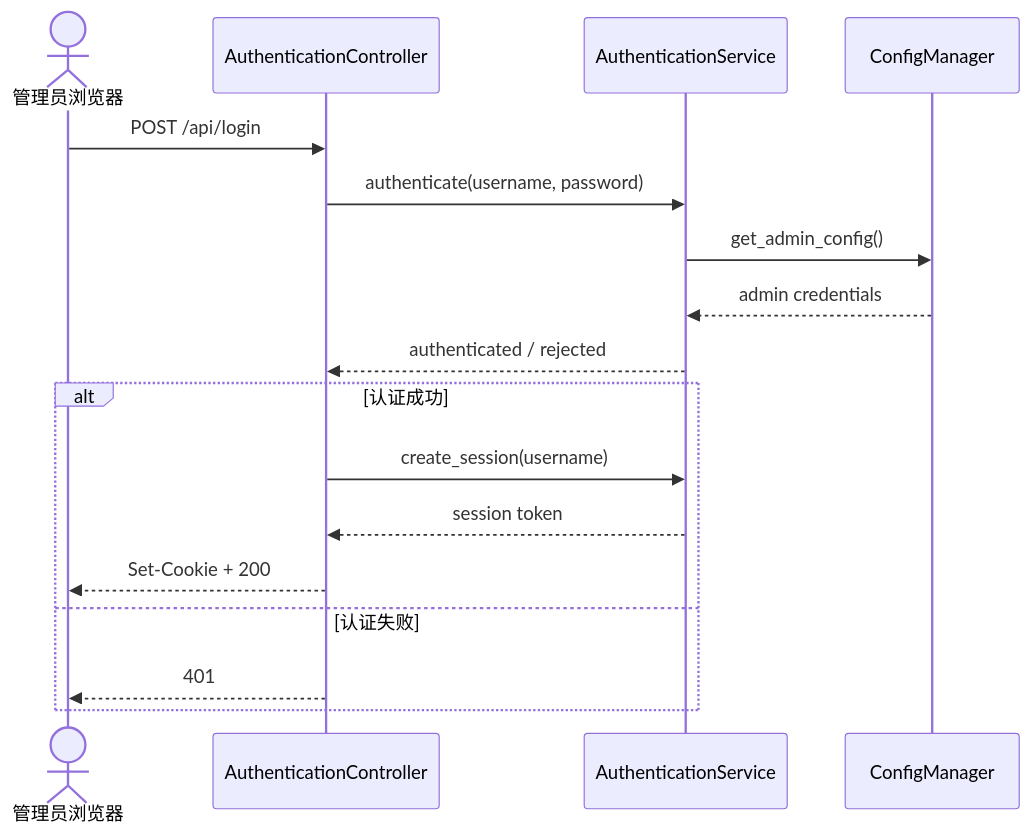
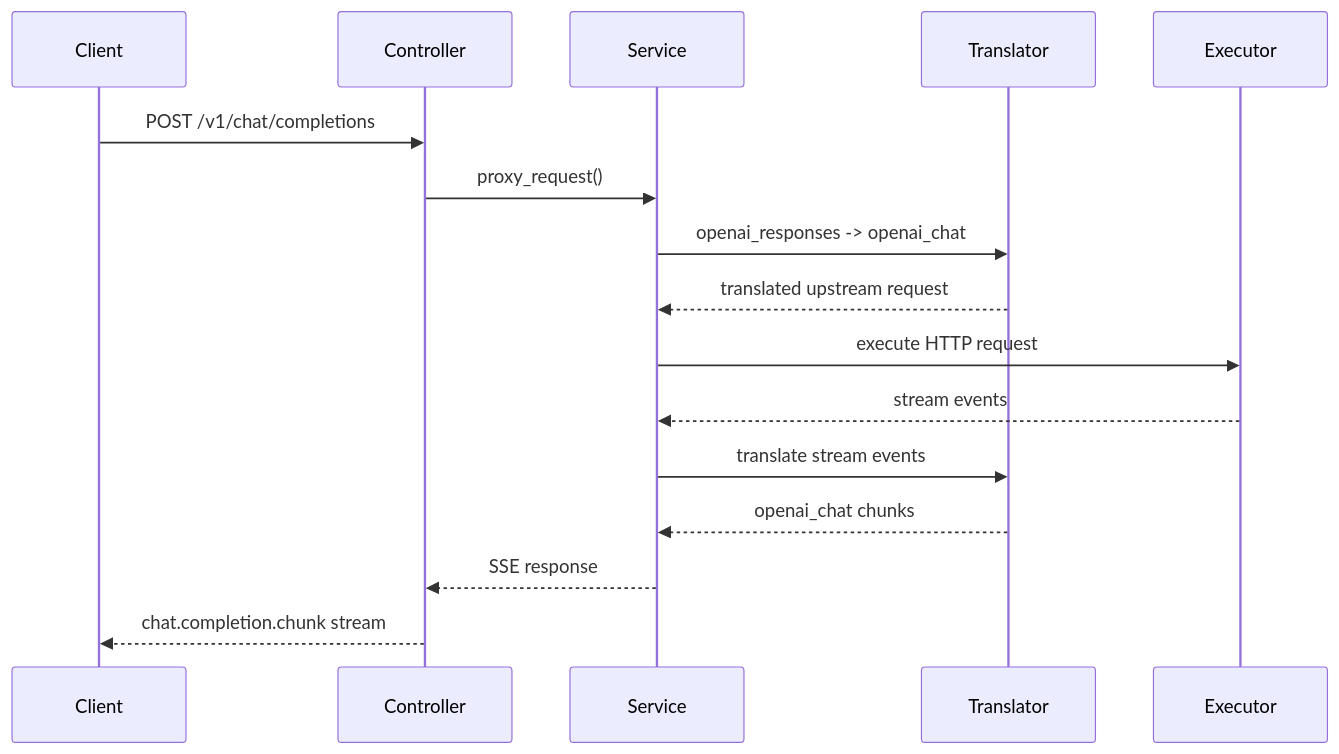
Before and after one commit to VonSdite/LLM_Proxy: the first of 2 diagrams in docs/architecture-4plus1.md, drawn with Mermaid. The commit also changed other lines of this file and 42 other files, not shown here.

First line of the commit message:
refactor: simplify proxy architecture around openai claude codex

````diff
--- a/docs/architecture-4plus1.md
+++ b/docs/architecture-4plus1.md
@@ -293,21 +204,19 @@
 ```mermaid
 sequenceDiagram
-    actor Admin as 管理员浏览器
-    participant AuthCtl as AuthenticationController
-    participant AuthSvc as AuthenticationService
-    participant ConfigMgr as ConfigManager
+    participant Client
+    participant Controller
+    participant Service
+    participant Translator
+    participant Executor
 
-    Admin->>AuthCtl: POST /api/login
-    AuthCtl->>AuthSvc: authenticate(username, password)
-    AuthSvc->>ConfigMgr: get_admin_config()
-    ConfigMgr-->>AuthSvc: admin credentials
-    AuthSvc-->>AuthCtl: authenticated / rejected
-
-    alt 认证成功
-        AuthCtl->>AuthSvc: create_session(username)
-        AuthSvc-->>AuthCtl: session token
-        AuthCtl-->>Admin: Set-Cookie + 200
-    else 认证失败
-        AuthCtl-->>Admin: 401
-    end
+    Client->>Controller: POST /v1/chat/completions
+    Controller->>Service: proxy_request()
+    Service->>Translator: openai_responses -> openai_chat
+    Translator-->>Service: translated upstream request
+    Service->>Executor: execute HTTP request
+    Executor-->>Service: stream events
+    Service->>Translator: translate stream events
+    Translator-->>Service: openai_chat chunks
+    Service-->>Controller: SSE response
+    Controller-->>Client: chat.completion.chunk stream
 ```
````
